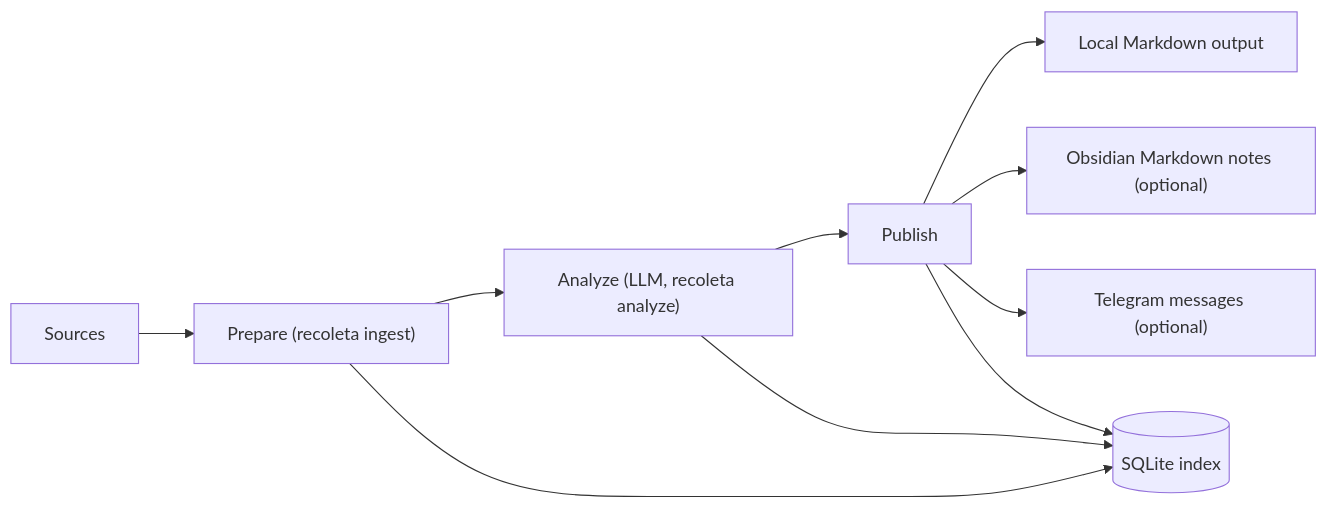
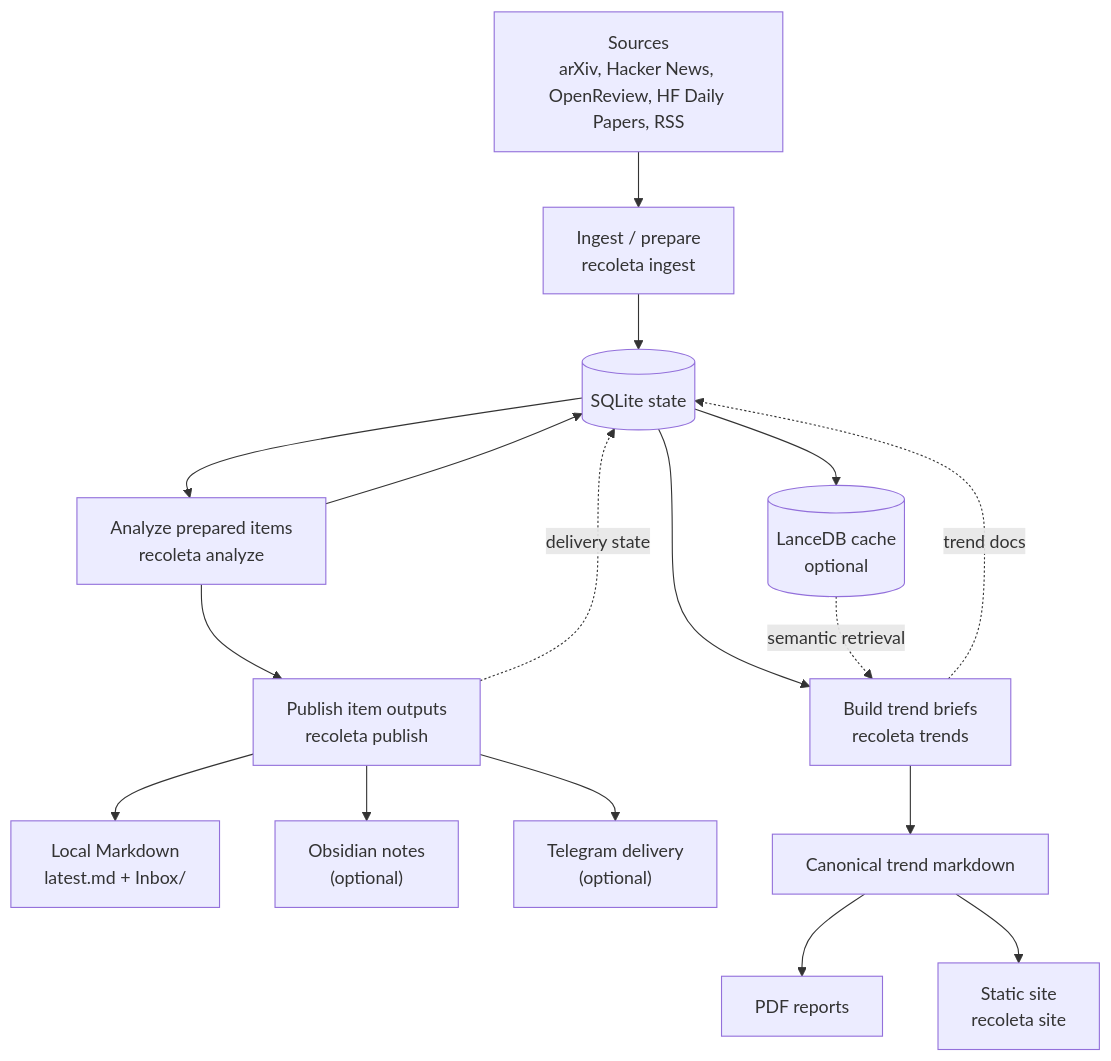
Before and after one commit to NeapolitanIcecream/recoleta: the diagram in README.md, drawn with Mermaid.

Commit message:
docs(readme): redraw overview mermaid diagram

````diff
--- a/README.md
+++ b/README.md
@@ -46,12 +46,23 @@
 ```mermaid
-flowchart LR
-  Sources[Sources] --> Prepare["Prepare (recoleta ingest)"]
-  Prepare --> Analyze["Analyze (LLM, recoleta analyze)"]
-  Analyze --> Publish[Publish]
-  Publish --> Markdown[Local Markdown output]
-  Publish --> Obsidian["Obsidian Markdown notes (optional)"]
-  Publish --> Telegram["Telegram messages (optional)"]
-  Prepare --> SQLite[(SQLite index)]
+flowchart TB
+  Sources["Sources<br/>arXiv, Hacker News, OpenReview, HF Daily Papers, RSS"] --> Ingest["Ingest / prepare<br/>recoleta ingest"]
+  Ingest --> SQLite[(SQLite state)]
+
+  SQLite --> Analyze["Analyze prepared items<br/>recoleta analyze"]
   Analyze --> SQLite
-  Publish --> SQLite
+  Analyze --> Publish["Publish item outputs<br/>recoleta publish"]
+  Publish -. delivery state .-> SQLite
+
+  Publish --> Markdown["Local Markdown<br/>latest.md + Inbox/"]
+  Publish --> Obsidian["Obsidian notes<br/>(optional)"]
+  Publish --> Telegram["Telegram delivery<br/>(optional)"]
+
+  SQLite --> Trends["Build trend briefs<br/>recoleta trends"]
+  SQLite --> LanceDB[(LanceDB cache<br/>optional)]
+  LanceDB -. semantic retrieval .-> Trends
+  Trends -. trend docs .-> SQLite
+
+  Trends --> TrendMarkdown["Canonical trend markdown"]
+  TrendMarkdown --> PDF["PDF reports"]
+  TrendMarkdown --> Site["Static site<br/>recoleta site"]
 ```
````
